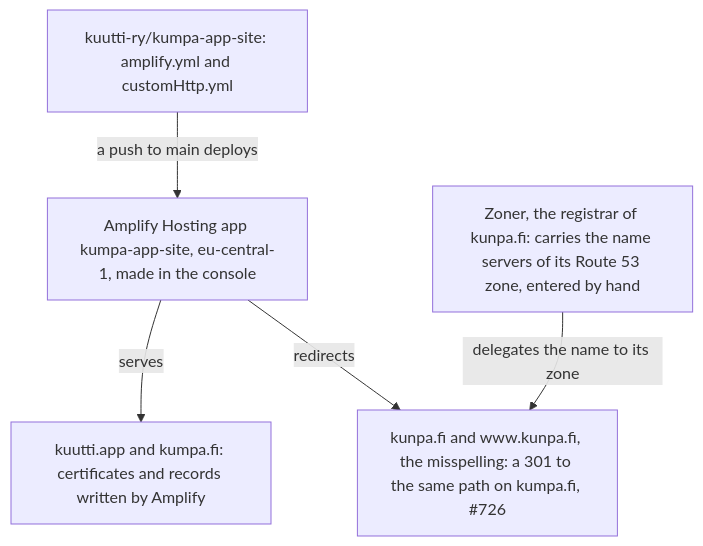
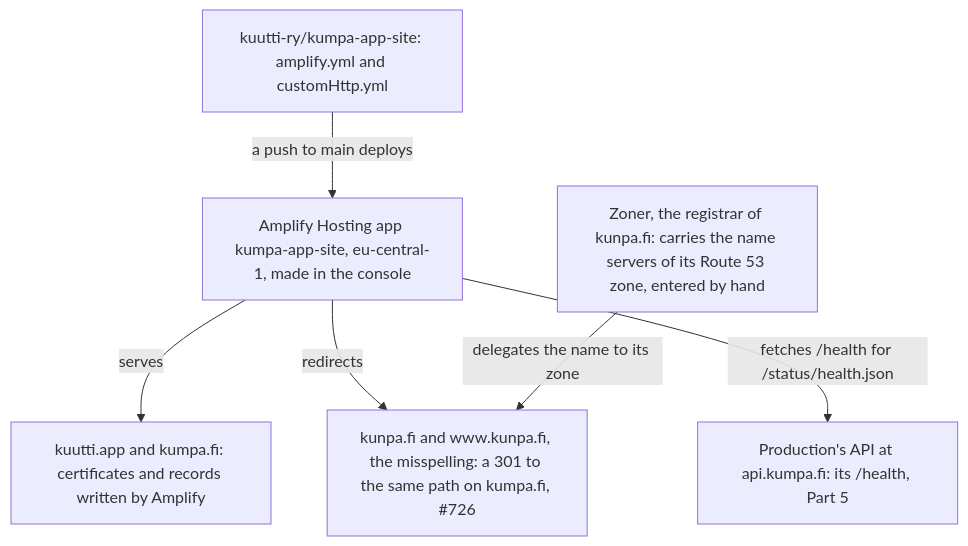
The fifth of 5 diagrams in docs/architecture/deployment.md (kuutti-ry/kumpa-app), drawn with Mermaid before and after one commit. The commit also changed other lines of this file and 6 other files, not shown here.

First line of the commit message:
Record the website's status rewrite in the Amplify rules (#736)

````diff
--- a/docs/architecture/deployment.md
+++ b/docs/architecture/deployment.md
@@ -254,14 +254,16 @@
 ```mermaid
 flowchart TB
   accTitle: Deployment, part 6: the website
-  accDescr: The website's own repository deploys to an Amplify Hosting app made in the console, which serves kuutti.app and kumpa.fi with certificates and records Amplify wrote into their zones, and answers for the misspelling kunpa.fi, registered at Zoner, with a redirect to kumpa.fi.
+  accDescr: The website's own repository deploys to an Amplify Hosting app made in the console, which serves kuutti.app and kumpa.fi with certificates and records Amplify wrote into their zones, answers for the misspelling kunpa.fi, registered at Zoner, with a redirect to kumpa.fi, and answers the site's status panel with production's health, which it fetches from api.kumpa.fi.
   n57["kuutti-ry/kumpa-app-site: amplify.yml and customHttp.yml"]
   n58["Amplify Hosting app kumpa-app-site, eu-central-1, made in the console"]
   n59["kuutti.app and kumpa.fi: certificates and records written by Amplify"]
   n67["kunpa.fi and www.kunpa.fi, the misspelling: a 301 to the same path on kumpa.fi, #726"]
   n68["Zoner, the registrar of kunpa.fi: carries the name servers of its Route 53 zone, entered by hand"]
+  n69["Production's API at api.kumpa.fi: its /health, Part 5"]
   n57 -->|"a push to main deploys"| n58
   n58 -->|"serves"| n59
   n58 -->|"redirects"| n67
   n68 -->|"delegates the name to its zone"| n67
+  n58 -->|"fetches /health for /status/health.json"| n69
 ```
````
